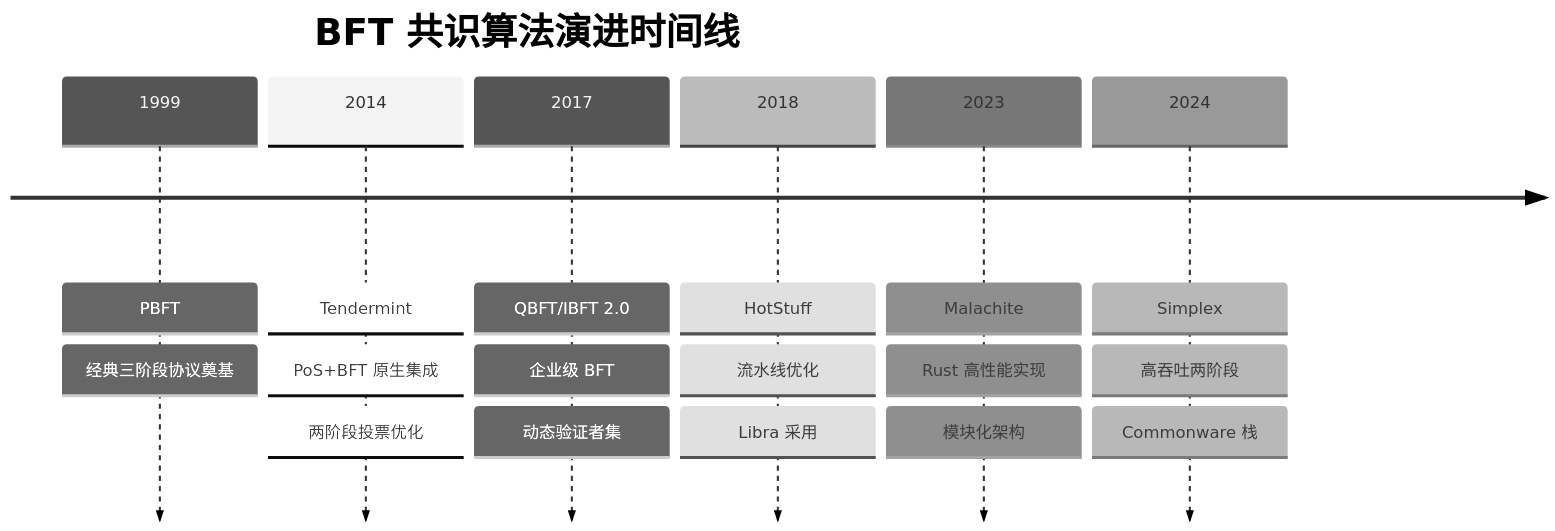
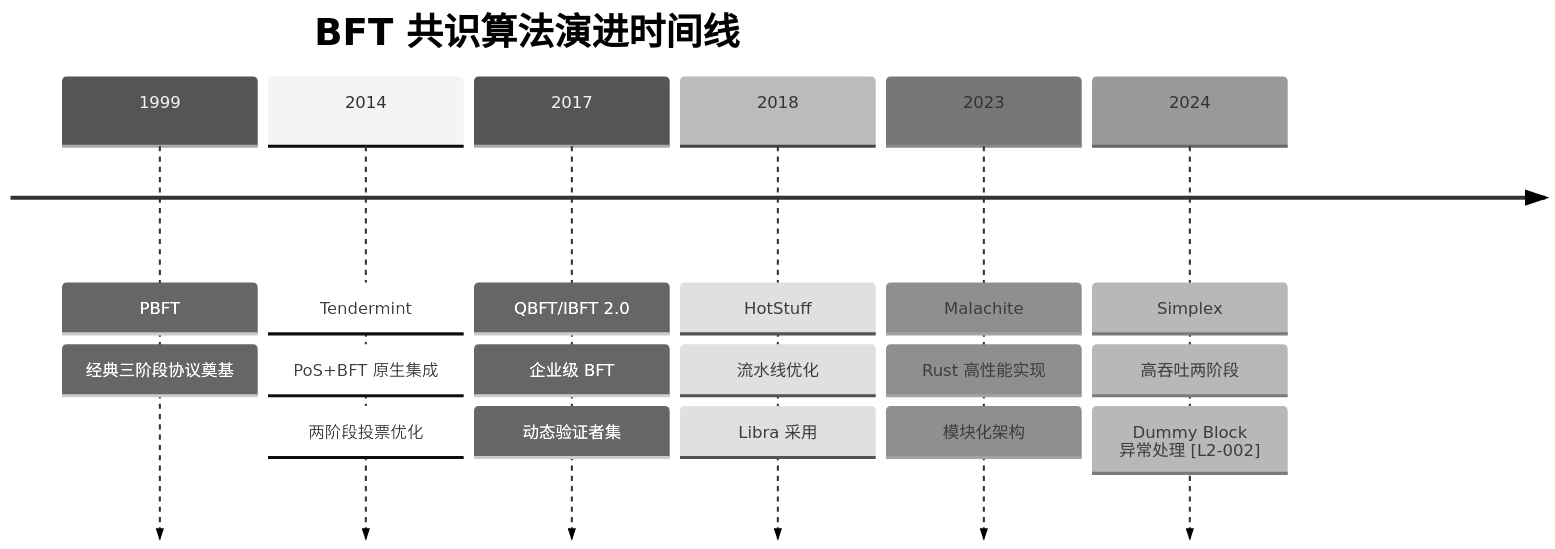
One commit to iampkuhz/openspec-research-blockchain changed the diagram in knowledge/analysis/synthesis/consensus/malachite-evolution/artifact.md. Above: the diagram before and after it, drawn with Mermaid (neutral theme). The commit also changed other lines of this file and 10 other files, not shown here.

Commit message:
优化 图表临时文件的位置，

````diff
--- a/knowledge/analysis/synthesis/consensus/malachite-evolution/artifact.md
+++ b/knowledge/analysis/synthesis/consensus/malachite-evolution/artifact.md
@@ -25,15 +25,15 @@
 ```mermaid
 timeline
     title BFT 共识算法演进时间线
     1999 : PBFT : 经典三阶段协议奠基
     2014 : Tendermint : PoS+BFT 原生集成
          : 两阶段投票优化
     2017 : QBFT/IBFT 2.0 : 企业级 BFT
          : 动态验证者集
     2018 : HotStuff : 流水线优化
          : Libra 采用
     2023 : Malachite : Rust 高性能实现
          : 模块化架构
     2024 : Simplex : 高吞吐两阶段
-         : Commonware 栈
+         : Dummy Block 异常处理 [L2-002]
 ```
````
